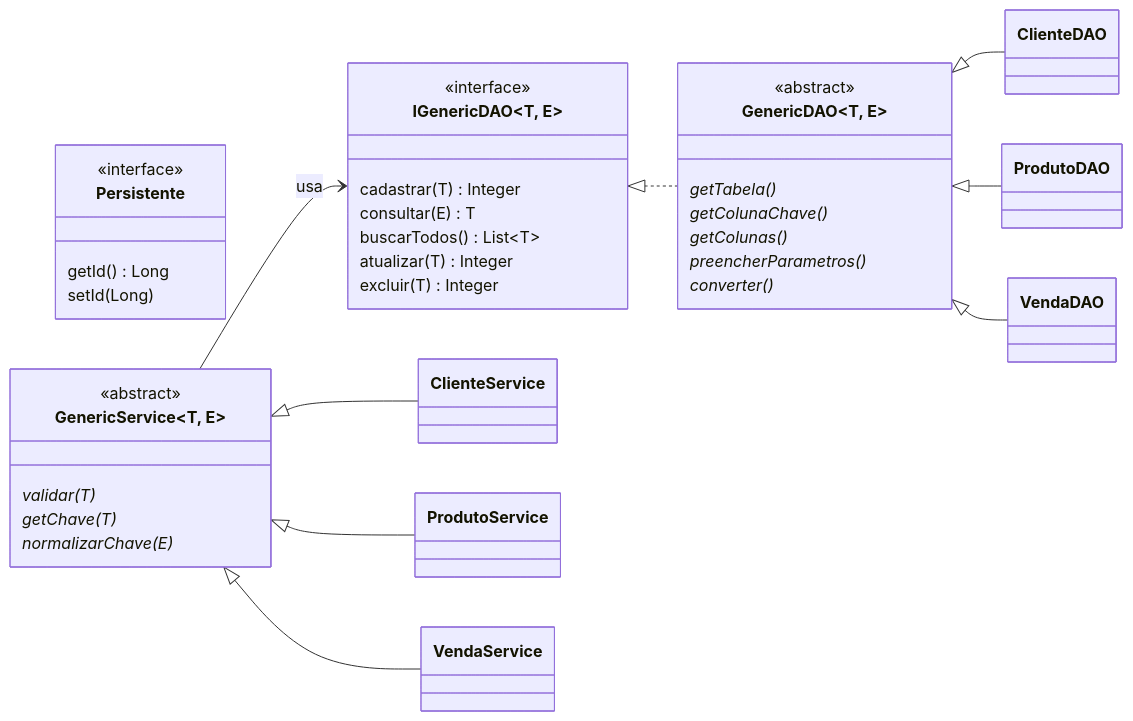
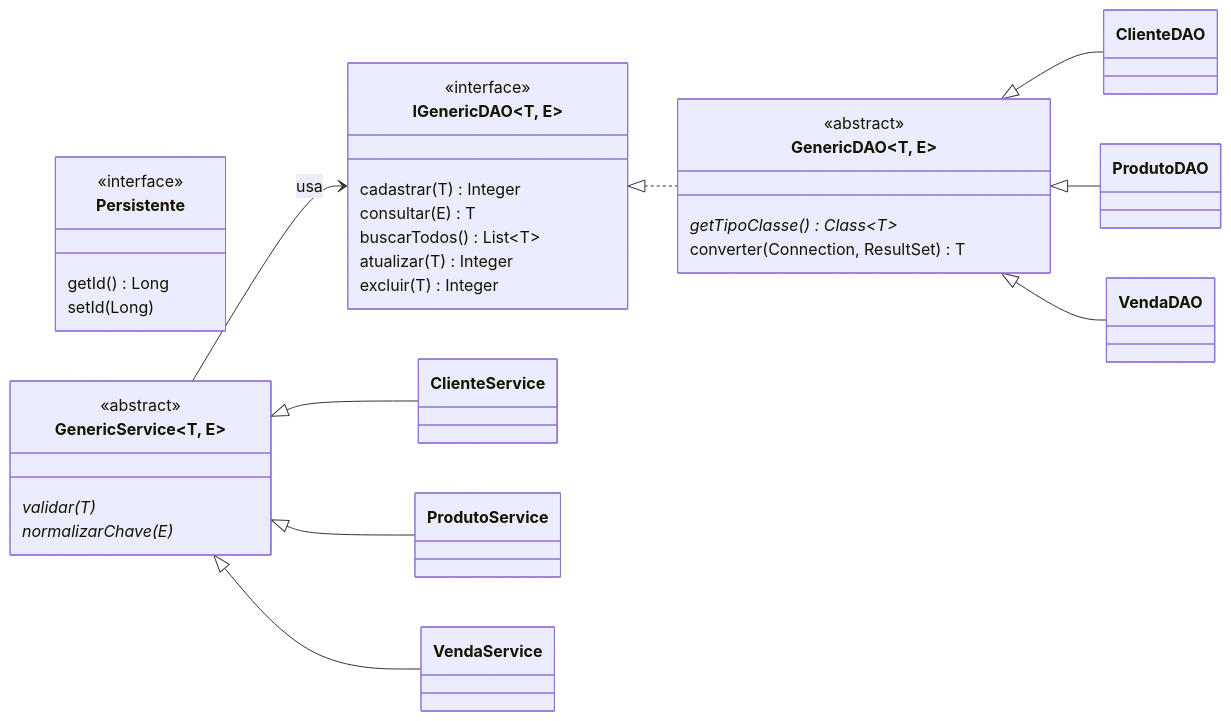
The second of 3 diagrams in README.md (gabedossa/Modulo_30), drawn with Mermaid before and after one commit. The commit also changed other lines of this file and 17 other files, not shown here.

````diff
--- a/README.md
+++ b/README.md
@@ -79,39 +80,35 @@
 ```mermaid
 classDiagram
     direction LR
     class Persistente {
         <<interface>>
         getId() Long
         setId(Long)
     }
     class IGenericDAO~T, E~ {
         <<interface>>
         cadastrar(T) Integer
         consultar(E) T
         buscarTodos() List~T~
         atualizar(T) Integer
         excluir(T) Integer
     }
     class GenericDAO~T, E~ {
         <<abstract>>
-        getTabela()*
-        getColunaChave()*
-        getColunas()*
-        preencherParametros()*
-        converter()*
+        getTipoClasse()* Class~T~
+        converter(Connection, ResultSet) T
     }
     class GenericService~T, E~ {
         <<abstract>>
         validar(T)*
-        getChave(T)*
         normalizarChave(E)*
     }
     IGenericDAO <|.. GenericDAO
     GenericDAO <|-- ClienteDAO
     GenericDAO <|-- ProdutoDAO
     GenericDAO <|-- VendaDAO
     GenericService --> IGenericDAO : usa
     GenericService <|-- ClienteService
     GenericService <|-- ProdutoService
     GenericService <|-- VendaService
 ```
````
